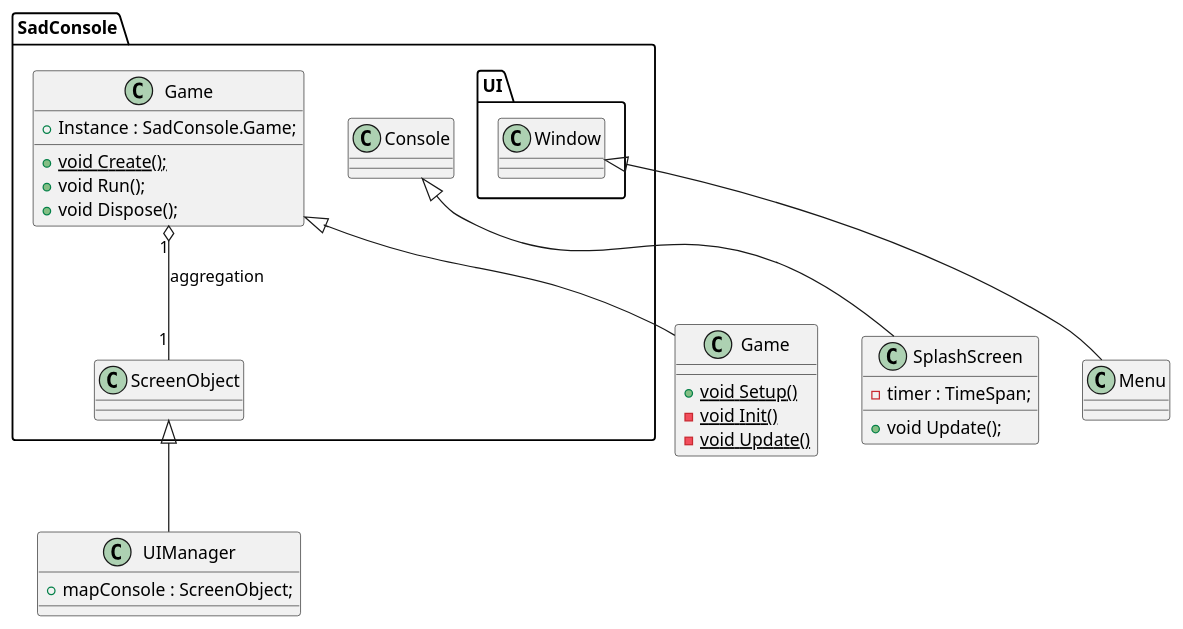
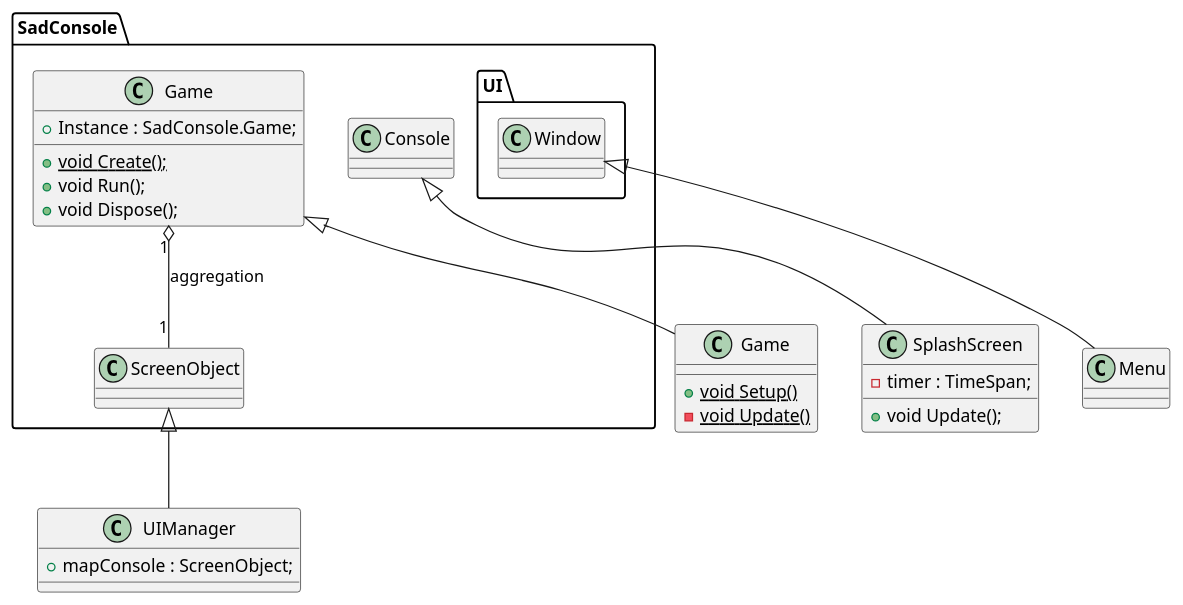
One commit to KasperK87/project changed the diagram in doc/UML.wsd. Above: the diagram before and after it, drawn with PlantUML. The commit also changed 14 other files, not shown here.

```diff
--- a/doc/UML.wsd
+++ b/doc/UML.wsd
@@ -4,51 +4,50 @@
 @startuml test
 
 Class SadConsole.Game{
     + Instance : SadConsole.Game;
 
     + {static} void Create();
     + void Run();
     + void Dispose();
 }
 
 Class SadConsole.ScreenObject{
 
 }
 
 Class SadConsole.UI.Window{
 
 }
 
 Class SadConsole.Console
 
 Class UIManager{
     + mapConsole : ScreenObject;
 }
 
 Class SplashScreen{
     - timer : TimeSpan;
 
     + void Update();
 }
 
 Class Menu{
 
 }
 
 Class Game{
     + {static} void Setup()
-    - {static} void Init()
     - {static} void Update()
 }
 
 SadConsole.Game "1" o-- "1" SadConsole.ScreenObject : aggregation
 'Game "0-1" o-- "1" SplashScreen
 'Game "1" o-- "1" Menu
 
 SadConsole.Game <|-- Game
 SadConsole.ScreenObject <|-- UIManager
 SadConsole.Console <|-- SplashScreen
 SadConsole.UI.Window <|-- Menu
 
 
 @enduml
```
